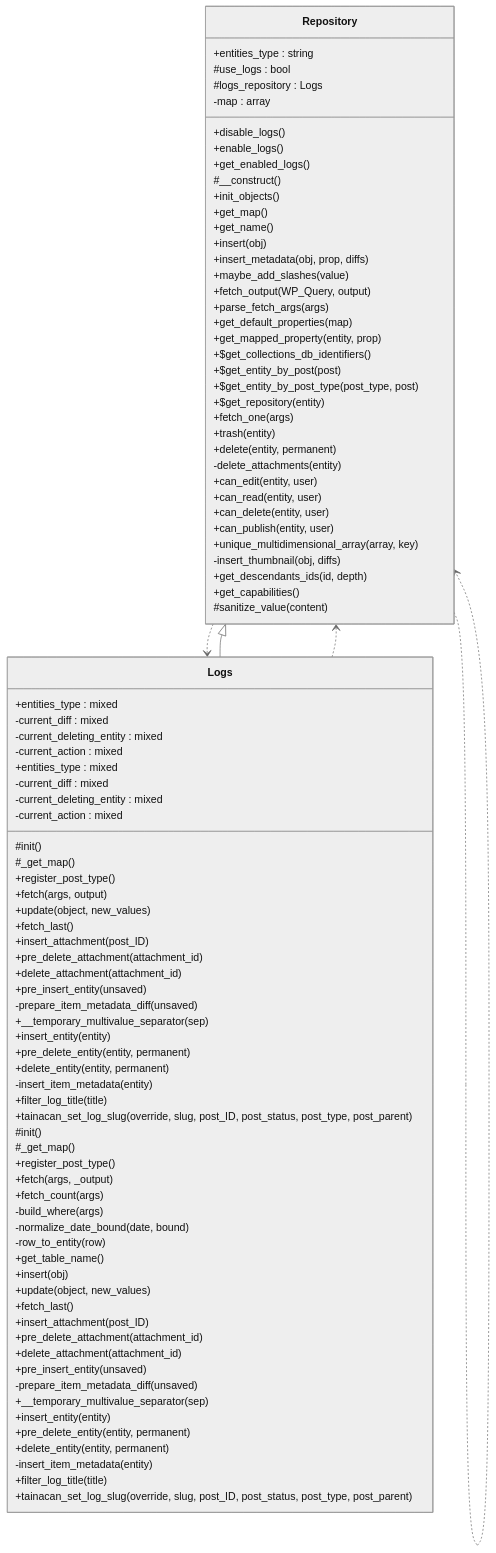
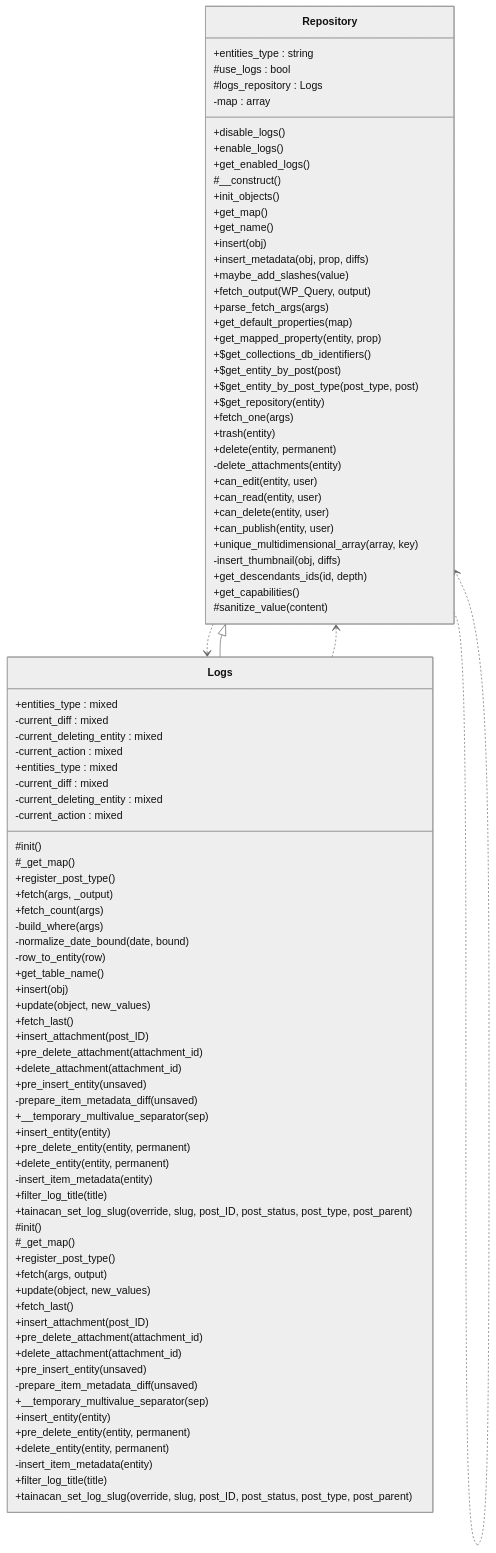
The diagram in docs/phpdoc/classes/Tainacan/Repositories/Logs.md (tainacan/tainacan), drawn with Mermaid (neutral theme) before and after one commit. The commit also changed other lines of this file and 62 other files, not shown here.

```diff
--- a/docs/phpdoc/classes/Tainacan/Repositories/Logs.md
+++ b/docs/phpdoc/classes/Tainacan/Repositories/Logs.md
@@ -60,7 +60,13 @@
         #init()
         #_get_map()
         +register_post_type()
-        +fetch(args, output)
+        +fetch(args, _output)
+        +fetch_count(args)
+        -build_where(args)
+        -normalize_date_bound(date, bound)
+        -row_to_entity(row)
+        +get_table_name()
+        +insert(obj)
         +update(object, new_values)
         +fetch_last()
         +insert_attachment(post_ID)
@@ -84,13 +90,7 @@
         #init()
         #_get_map()
         +register_post_type()
-        +fetch(args, _output)
-        +fetch_count(args)
-        -build_where(args)
-        -normalize_date_bound(date, bound)
-        -row_to_entity(row)
-        +get_table_name()
-        +insert(obj)
+        +fetch(args, output)
         +update(object, new_values)
         +fetch_last()
         +insert_attachment(post_ID)
```
